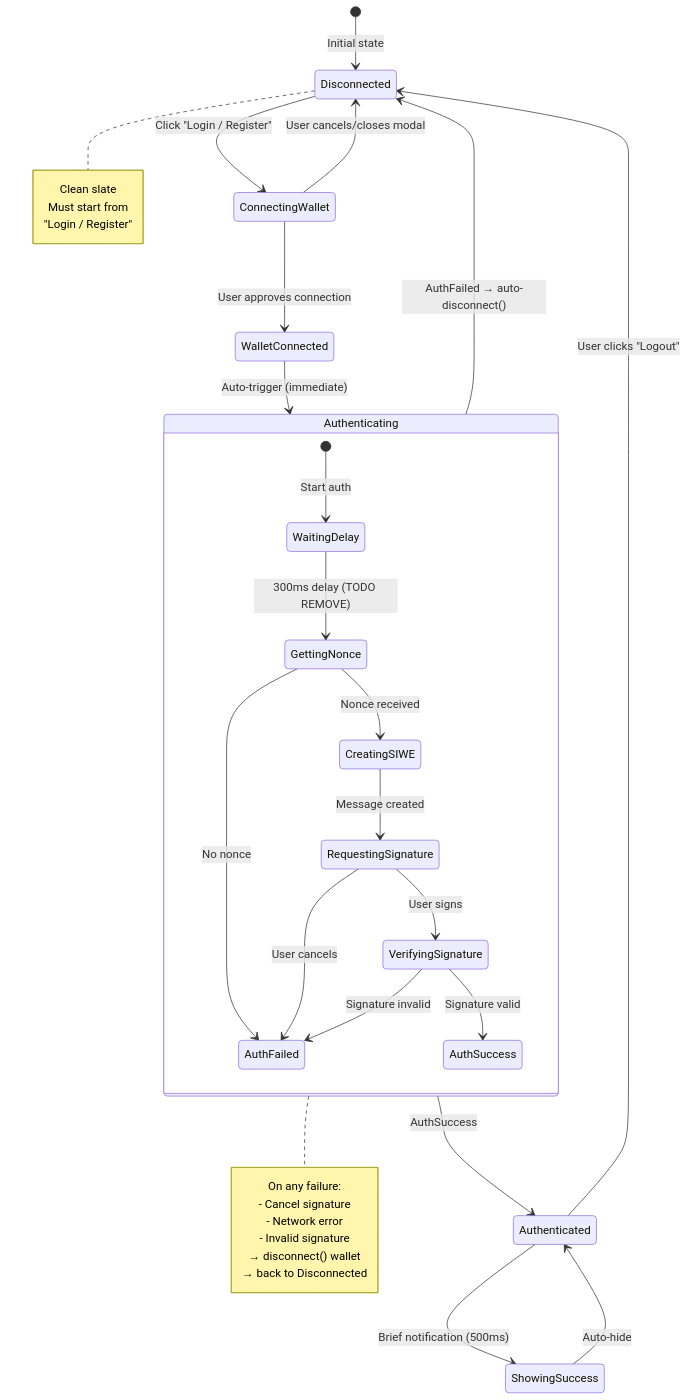
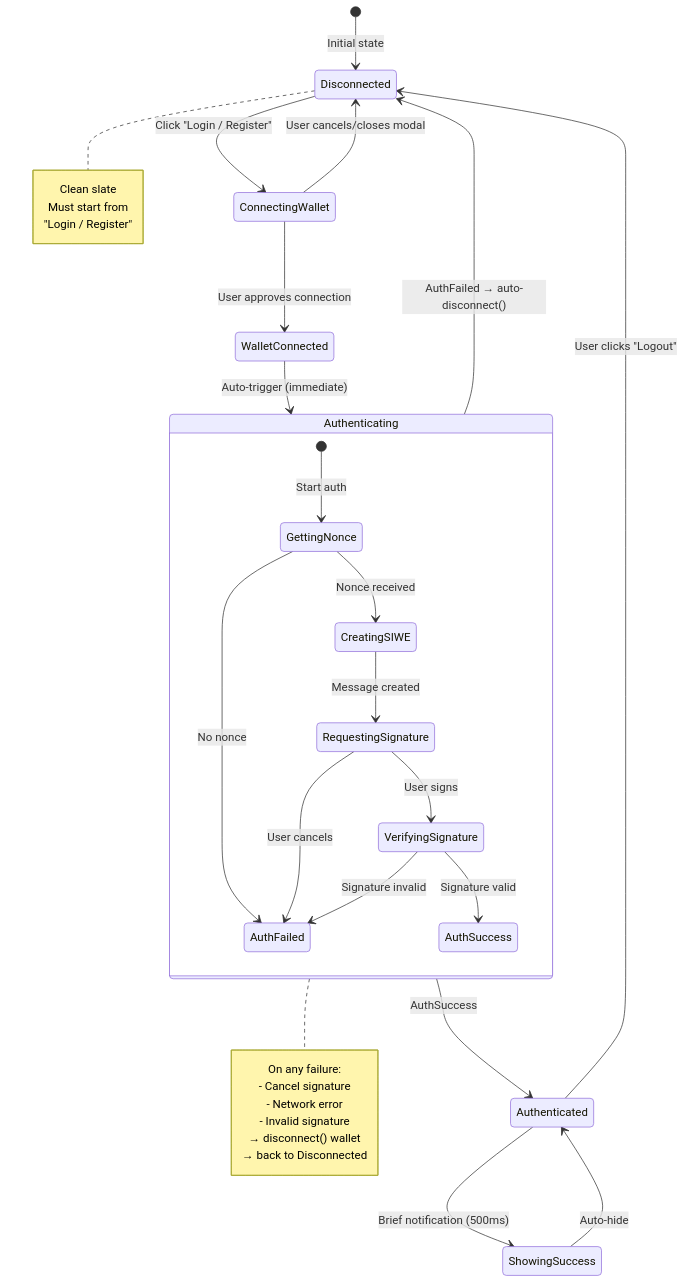
One commit to Gigentic/gigentic-escrow-minipay changed the third of 3 diagrams in docs/AUTH_FLOW_V2.md. Above: the diagram before and after it, drawn with Mermaid. The commit also changed other lines of this file and 3 other files, not shown here.

````diff
--- a/docs/AUTH_FLOW_V2.md
+++ b/docs/AUTH_FLOW_V2.md
@@ -111,45 +115,44 @@
 ```mermaid
 stateDiagram-v2
     [*] --> Disconnected: Initial state
 
     Disconnected --> ConnectingWallet: Click "Login / Register"
     ConnectingWallet --> WalletConnected: User approves connection
     ConnectingWallet --> Disconnected: User cancels/closes modal
 
     WalletConnected --> Authenticating: Auto-trigger (immediate)
 
     state Authenticating {
-        [*] --> WaitingDelay: Start auth
-        WaitingDelay --> GettingNonce: 300ms delay (TODO REMOVE)
+        [*] --> GettingNonce: Start auth
         GettingNonce --> CreatingSIWE: Nonce received
         GettingNonce --> AuthFailed: No nonce
         CreatingSIWE --> RequestingSignature: Message created
         RequestingSignature --> VerifyingSignature: User signs
         RequestingSignature --> AuthFailed: User cancels
         VerifyingSignature --> AuthSuccess: Signature valid
         VerifyingSignature --> AuthFailed: Signature invalid
     }
 
     Authenticating --> Authenticated: AuthSuccess
     Authenticating --> Disconnected: AuthFailed → auto-disconnect()
 
     Authenticated --> ShowingSuccess: Brief notification (500ms)
     ShowingSuccess --> Authenticated: Auto-hide
 
     Authenticated --> Disconnected: User clicks "Logout"
 
     note right of Disconnected
         Clean slate
         Must start from
         "Login / Register"
     end note
 
     note right of Authenticating
         On any failure:
         - Cancel signature
         - Network error
         - Invalid signature
         → disconnect() wallet
         → back to Disconnected
     end note
 ```
````
